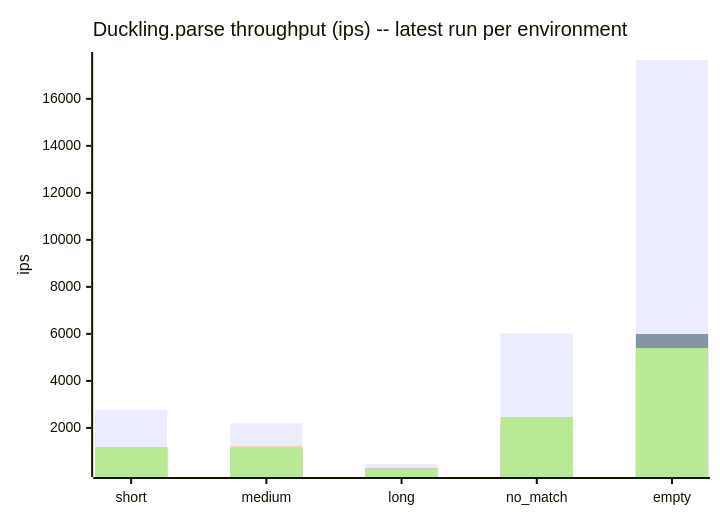
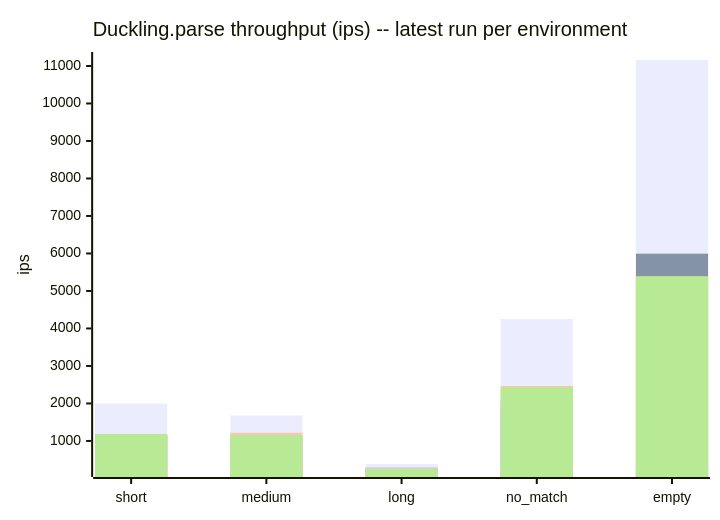
One commit to cpb/duckling changed the sixth of 7 diagrams in docs/benchmarks/README.md. Above: the diagram before and after it, drawn with Mermaid. The commit also changed other lines of this file and 1 other file, not shown here.

Commit message:
Record github-actions benchmark results for 0.4.5 (#148)

````diff
--- a/docs/benchmarks/README.md
+++ b/docs/benchmarks/README.md
@@ -211,11 +211,11 @@
 ```mermaid
 xychart-beta
     title "Duckling.parse throughput (ips) -- latest run per environment"
     x-axis [short, medium, long, no_match, empty]
     y-axis "ips"
-    bar "github-actions" [2773.6, 2198.8, 470.2, 6023.7, 17652.5]
+    bar "github-actions" [1999.4, 1679.5, 382.0, 4251.9, 11159.4]
     bar "claude-code-web" [1154.4, 1064.6, 284.8, 2058.0, 5994.3]
     bar "local-3.3" [1175.1, 1217.2, 273.9, 2464.0, 5206.5]
     bar "local-3.4" [1116.0, 1168.6, 267.9, 2056.4, 4592.3]
     bar "local-4.0" [1187.1, 1156.8, 252.0, 2435.1, 5395.4]
 ```
````
